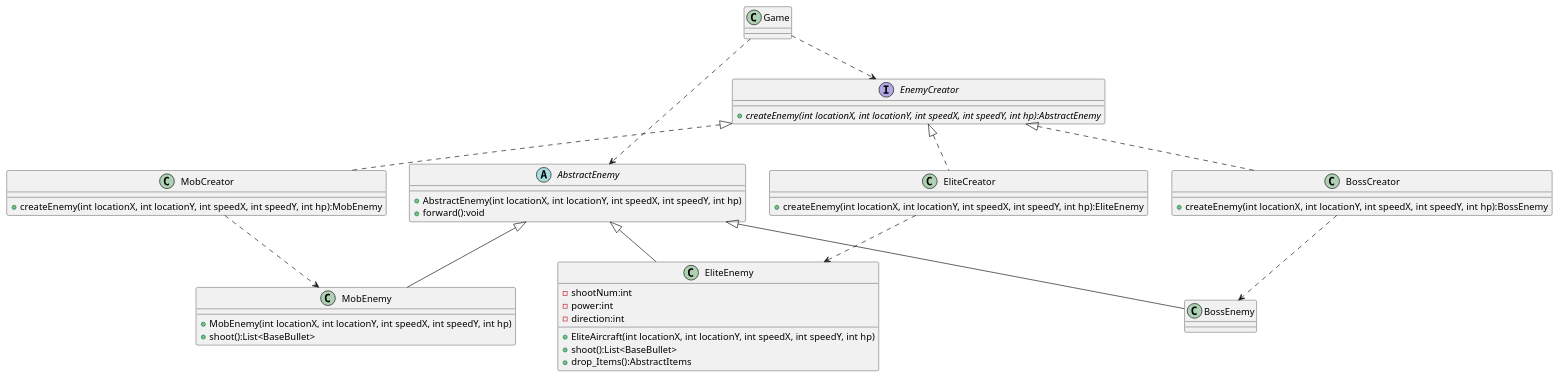
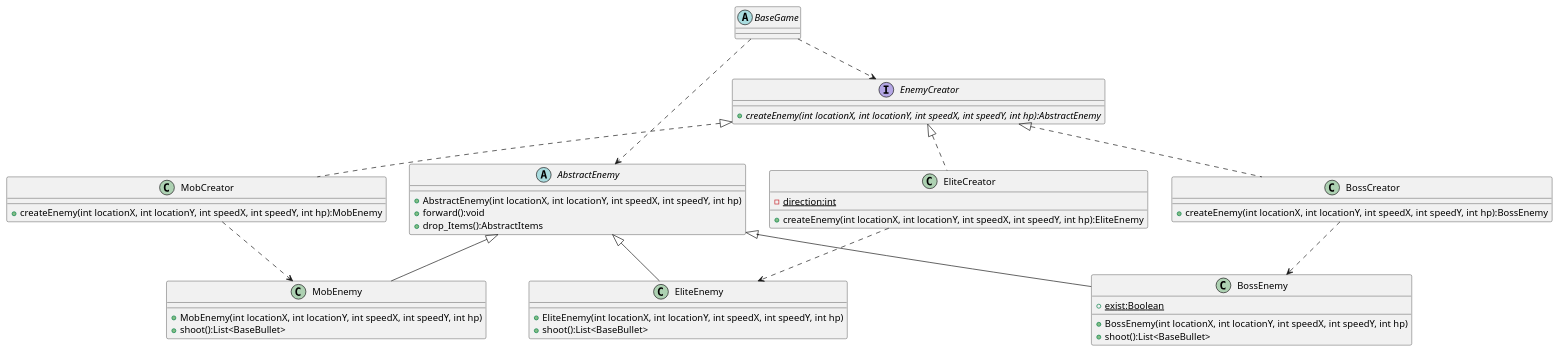
One commit to HenryZ5734/MyAircraftWar changed the diagram in uml/enemyfactory.puml. Above: the diagram before and after it, drawn with PlantUML. The commit also changed 31 other files, not shown here.

Commit message:
修改和完善uml类图

```diff
--- a/uml/enemyfactory.puml
+++ b/uml/enemyfactory.puml
@@ -1,59 +1,52 @@
 @startuml
 
-Game ..> EnemyCreator
-Game ..> AbstractEnemy
-
-AbstractEnemy <|-- MobEnemy
-AbstractEnemy <|-- EliteEnemy
-AbstractEnemy <|-- BossEnemy
-
-EnemyCreator <|.. MobCreator
-EnemyCreator <|.. EliteCreator
-EnemyCreator <|.. BossCreator
+BaseGame ..> EnemyCreator
+BaseGame ..> AbstractEnemy
 
 MobCreator ..> MobEnemy
 EliteCreator ..> EliteEnemy
 BossCreator ..> BossEnemy
 
-class Game{
+abstract class BaseGame{
 
 }
+
 interface EnemyCreator{
     + {abstract}createEnemy(int locationX, int locationY, int speedX, int speedY, int hp):AbstractEnemy
 }
 
 abstract class AbstractEnemy{
     + AbstractEnemy(int locationX, int locationY, int speedX, int speedY, int hp)
     + forward():void
+    + drop_Items():AbstractItems
 }
 
-class MobEnemy {
+class MobEnemy extends AbstractEnemy{
     + MobEnemy(int locationX, int locationY, int speedX, int speedY, int hp)
     + shoot():List<BaseBullet>
 }
-class EliteEnemy{
-    - shootNum:int
-    - power:int
-    - direction:int
-    + EliteAircraft(int locationX, int locationY, int speedX, int speedY, int hp)
+class EliteEnemy extends AbstractEnemy{
+    + EliteEnemy(int locationX, int locationY, int speedX, int speedY, int hp)
     + shoot():List<BaseBullet>
-    + drop_Items():AbstractItems
 }
 
-class BossEnemy{
-
+class BossEnemy extends AbstractEnemy{
+    + {static}exist:Boolean
+    + BossEnemy(int locationX, int locationY, int speedX, int speedY, int hp)
+    + shoot():List<BaseBullet>
 }
 
-class MobCreator{
+class MobCreator implements EnemyCreator{
     + createEnemy(int locationX, int locationY, int speedX, int speedY, int hp):MobEnemy
 }
 
-class EliteCreator{
+class EliteCreator implements EnemyCreator{
+    - {static}direction:int
     + createEnemy(int locationX, int locationY, int speedX, int speedY, int hp):EliteEnemy
 }
 
-class BossCreator{
+class BossCreator implements EnemyCreator{
     + createEnemy(int locationX, int locationY, int speedX, int speedY, int hp):BossEnemy
 }
 
 @enduml
```
